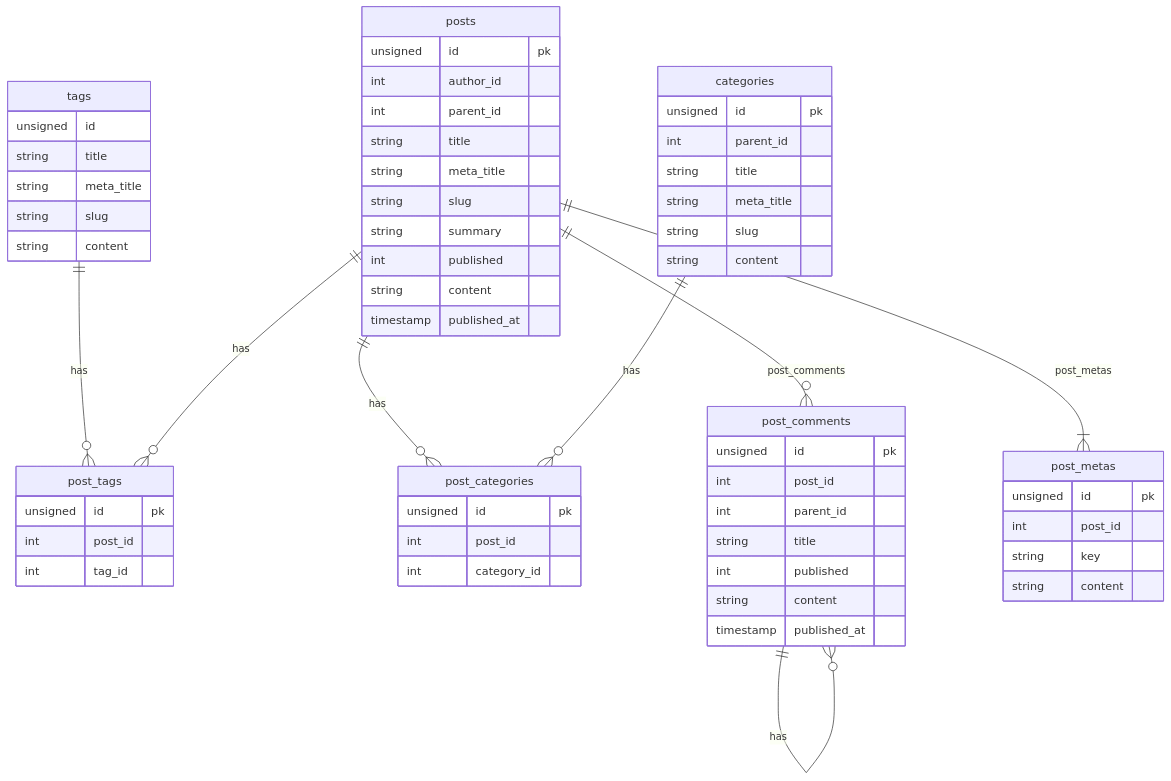
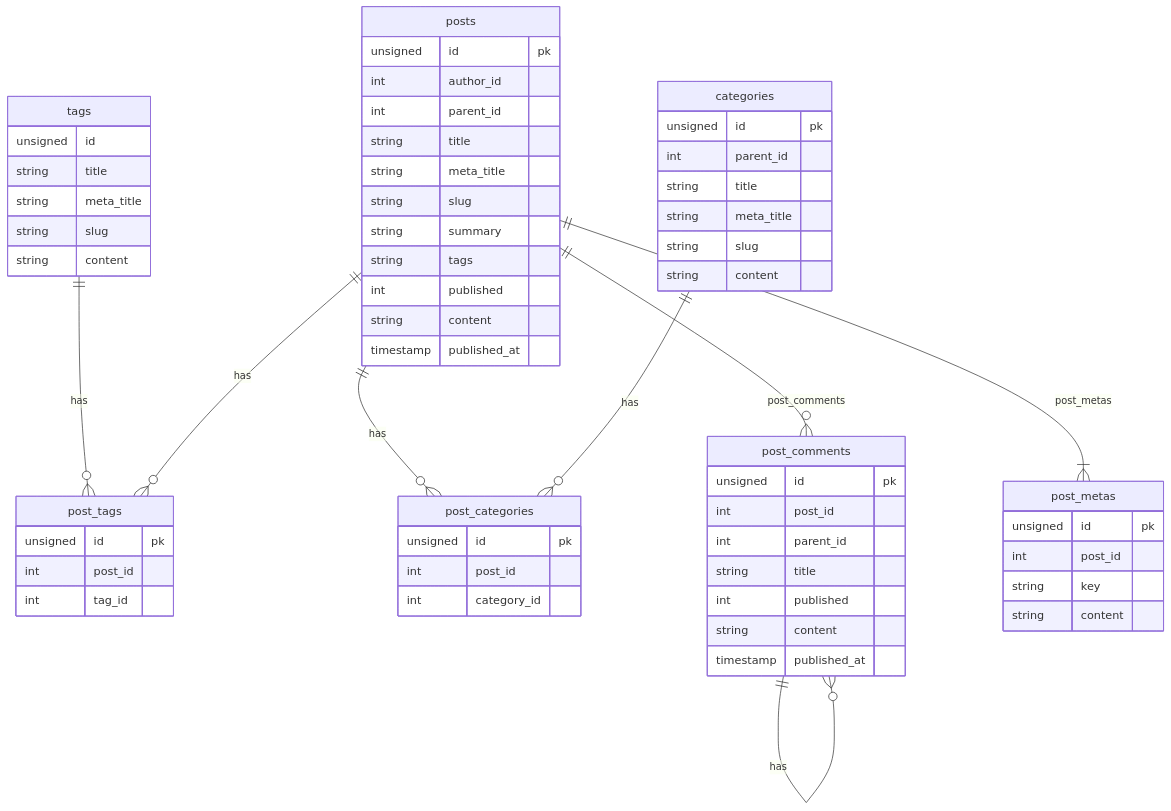
One commit to MilanChathuranga/Blog changed the diagram in README.md. Above: the diagram before and after it, drawn with Mermaid.

````diff
--- a/README.md
+++ b/README.md
@@ -1,65 +1,66 @@
 ```mermaid
  erDiagram
     posts{
         unsigned id pk
         int author_id
         int parent_id
         string title
         string meta_title
         string slug
         string summary
+        string tags
         int published
         string content
         timestamp published_at
     }
     tags||--o{post_tags: has
     posts||--o{post_tags:has
     posts||--o{post_categories:has
     tags {
         unsigned id
         string title
         string meta_title
         string slug
         string content
 
     }
     categories||--o{post_categories:has
         categories{
         unsigned id pk
         int parent_id
         string title
         string meta_title
         string slug
         string  content
     }
     post_categories{
         unsigned id pk
         int post_id
         int category_id
     }
     posts||--o{post_comments:post_comments
     post_comments ||--o{post_comments:has
     post_comments{
         unsigned id pk
         int post_id
         int parent_id
         string title
         int published
         string content
         timestamp published_at
     }
 
     posts||--|{post_metas:post_metas
     post_metas{
         unsigned id pk
         int post_id
         string key
         string content
     }
     post_tags{ 
         unsigned id pk
         int post_id
         int tag_id
     }
 
 ```
````
